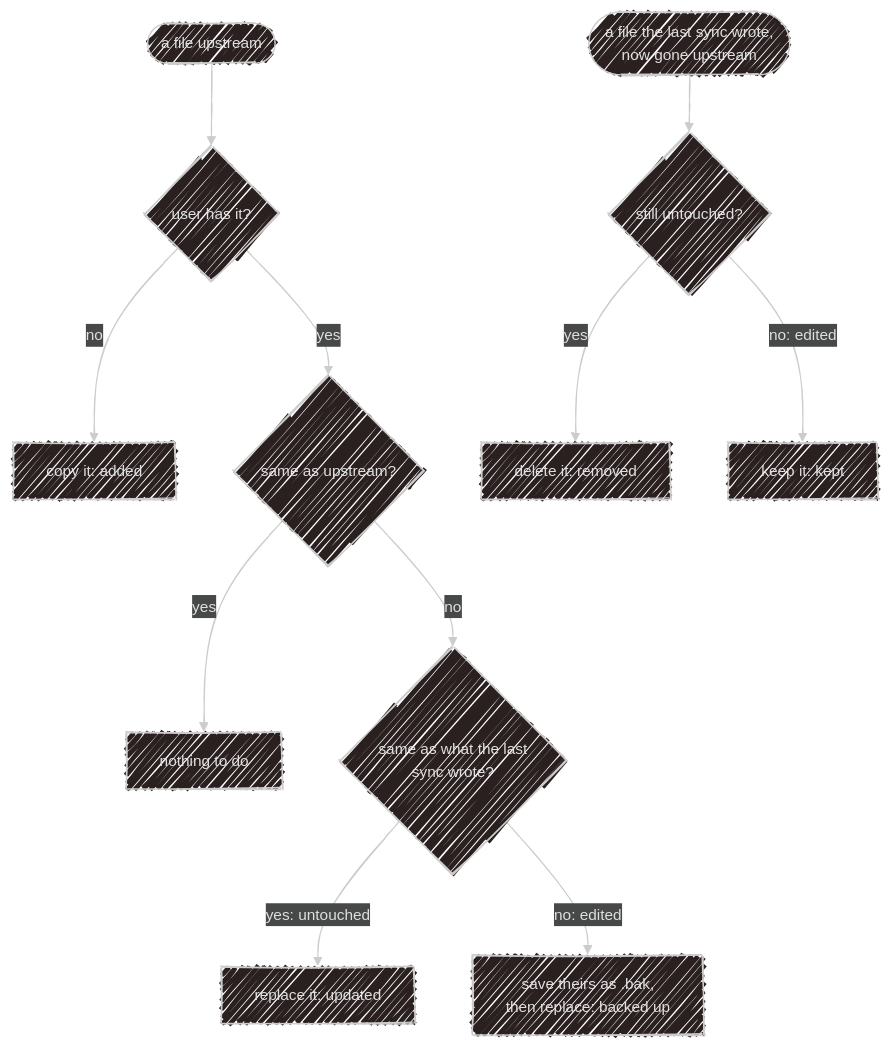
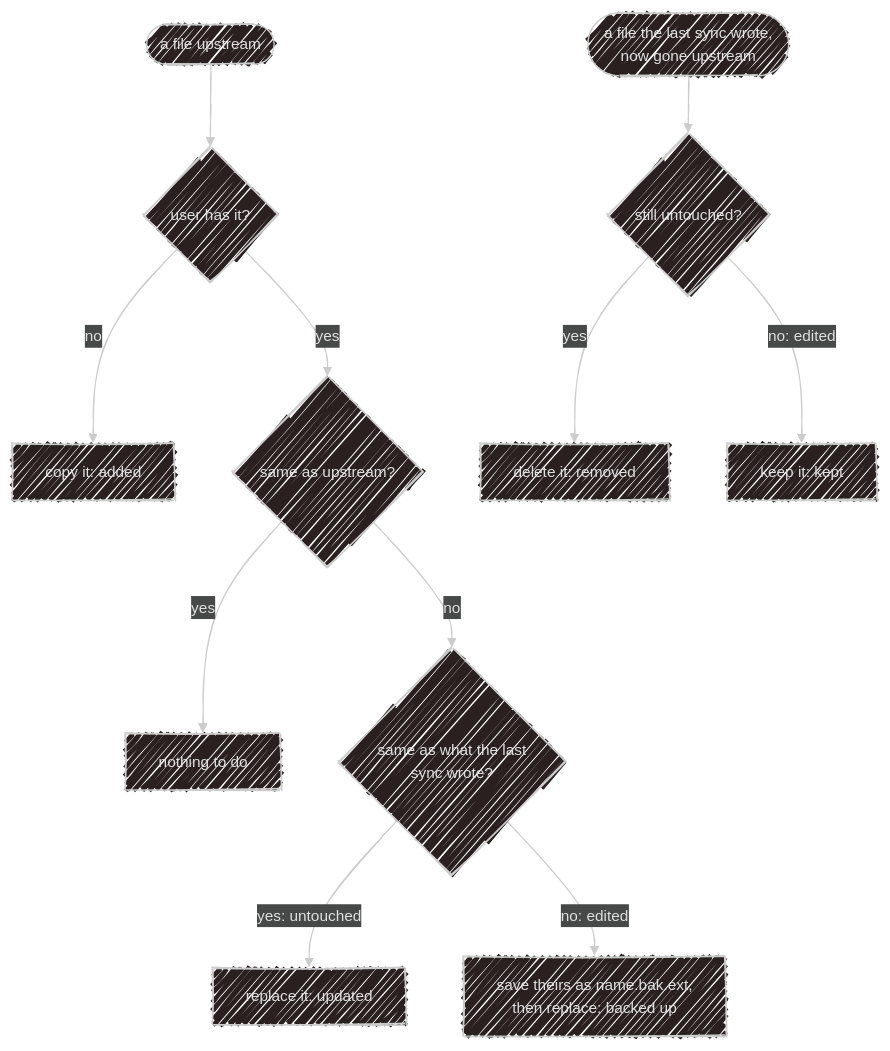
One commit to SubZtep/kaja changed the third of 4 diagrams in docs/development/marketplace.md. Above: the diagram before and after it, drawn with Mermaid. The commit also changed other lines of this file and 79 other files, not shown here.

````diff
--- a/docs/development/marketplace.md
+++ b/docs/development/marketplace.md
@@ -72,19 +72,19 @@
 ```mermaid
 ---
 config:
   look: handDrawn
   theme: neo-dark
 ---
 flowchart TD
     A(["a file upstream"]) --> B{"user has it?"}
     B -->|no| ADD["copy it: added"]
     B -->|yes| C{"same as upstream?"}
     C -->|yes| SAME["nothing to do"]
     C -->|no| D{"same as what the last<br>sync wrote?"}
     D -->|"yes: untouched"| UPD["replace it: updated"]
-    D -->|"no: edited"| BAK["save theirs as .bak,<br>then replace: backed up"]
+    D -->|"no: edited"| BAK["save theirs as name.bak.ext,<br>then replace: backed up"]
 
     G(["a file the last sync wrote,<br>now gone upstream"]) --> H{"still untouched?"}
     H -->|yes| RM["delete it: removed"]
     H -->|"no: edited"| KEEP["keep it: kept"]
 ```
````
